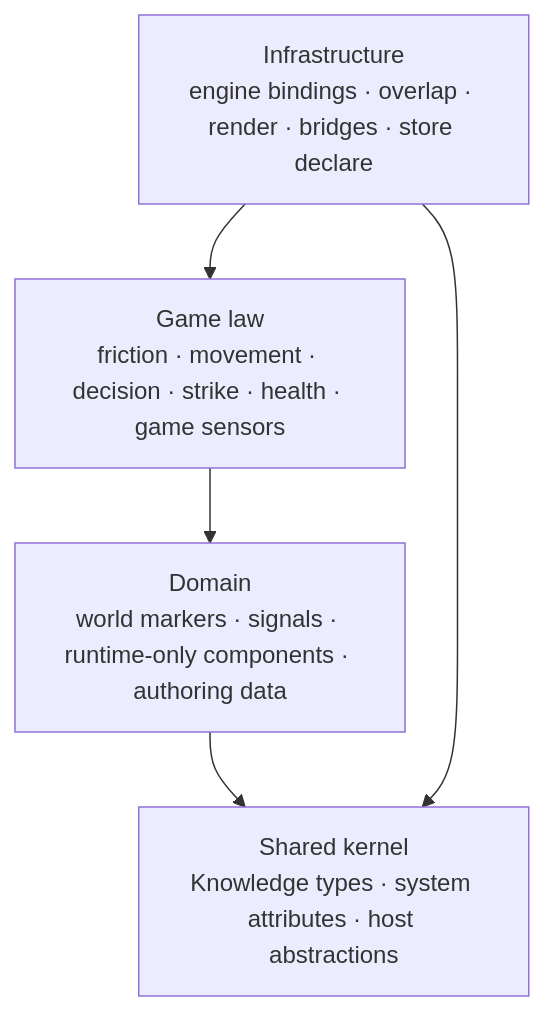
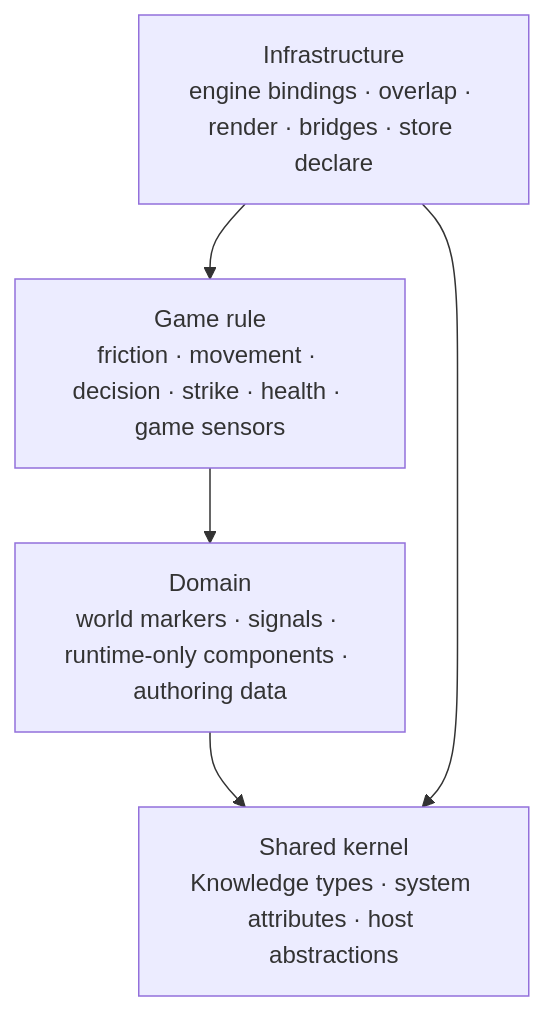
Before and after one commit to fm39hz/fm39hz-blogs: diagram 16 of 16 in src/content/articles/another-way-to-think-about-game-architecture.md, drawn with Mermaid. The commit also changed other lines of this file and 1 other file, not shown here.

````diff
--- a/src/content/articles/another-way-to-think-about-game-architecture.md
+++ b/src/content/articles/another-way-to-think-about-game-architecture.md
@@ -722,10 +722,10 @@
 ```mermaid
 graph TB
     Infra["Infrastructure<br/>engine bindings · overlap · render · bridges · store declare"]
-    Game["Game law<br/>friction · movement · decision · strike · health · game sensors"]
+    Game["Game rule<br/>friction · movement · decision · strike · health · game sensors"]
     Domain["Domain<br/>world markers · signals · runtime-only components · authoring data"]
     Core["Shared kernel<br/>Knowledge types · system attributes · host abstractions"]
 
     Infra --> Game --> Domain --> Core
     Infra --> Core
 ```
````
